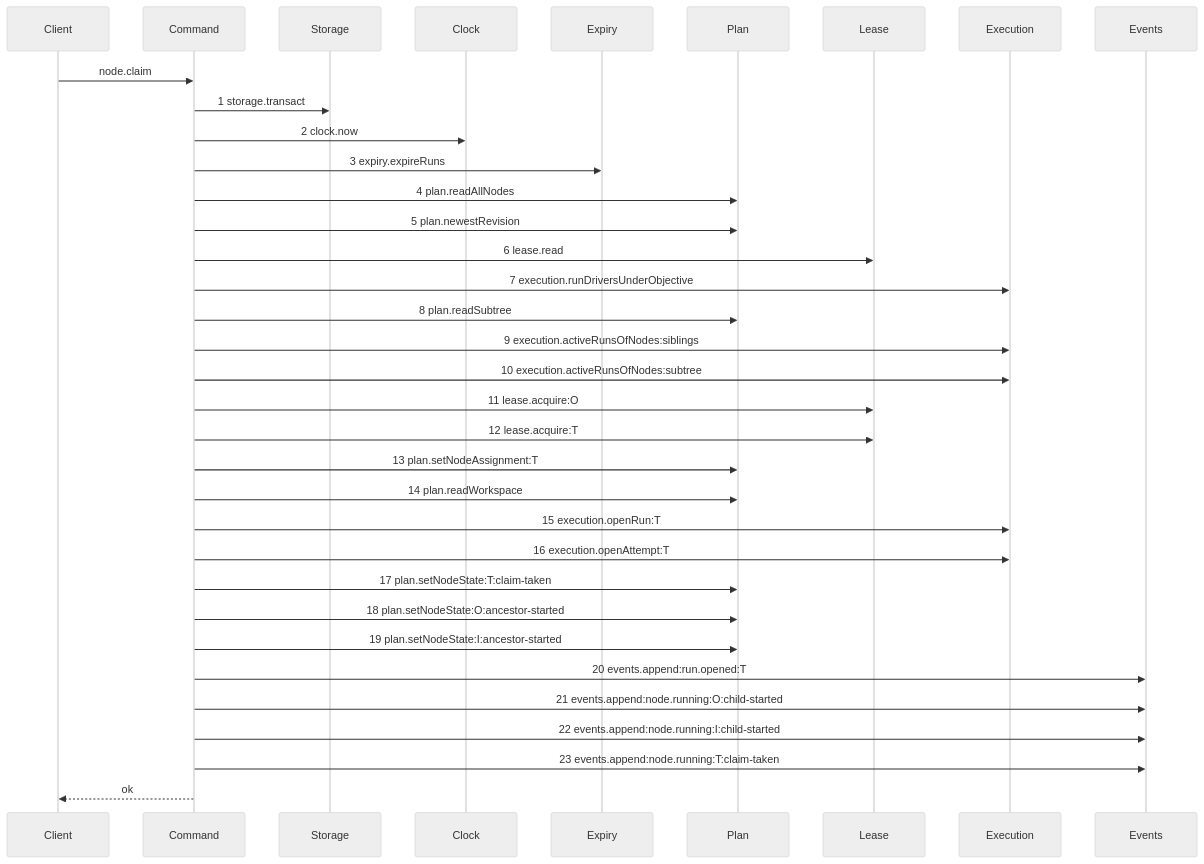
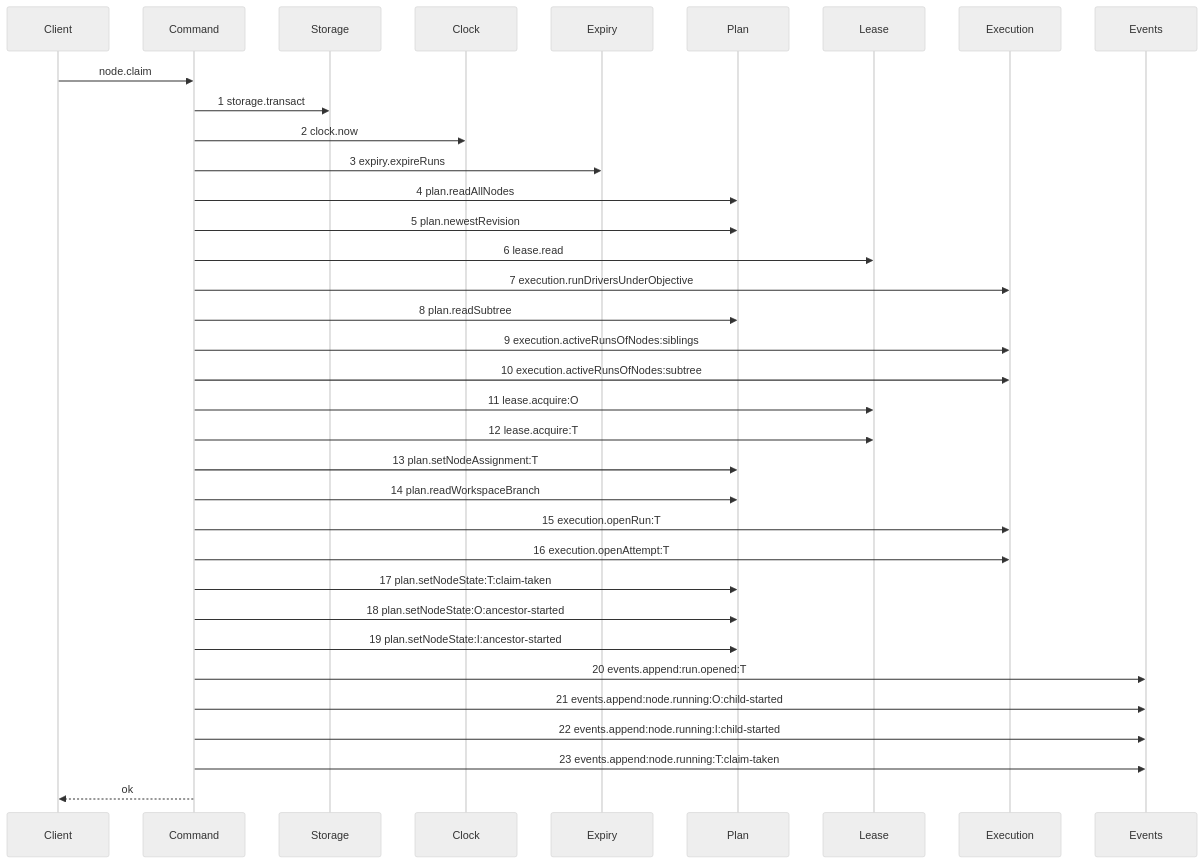
One commit to kanthorlabs/kanthord-engine changed the first of 22 diagrams in .agents/plan/epics/051-the-execution-checkpoint.md. Above: the diagram before and after it, drawn with Mermaid (neutral theme). The commit also changed other lines of this file, not shown here.

First line of the commit message:
fix(plan): re-validate EPIC 051 against the source of truth

````diff
--- a/.agents/plan/epics/051-the-execution-checkpoint.md
+++ b/.agents/plan/epics/051-the-execution-checkpoint.md
@@ -194,37 +246,37 @@
 ```mermaid
 sequenceDiagram
     participant Client
     participant Command
     participant Storage
     participant Clock
     participant Expiry
     participant Plan
     participant Lease
     participant Execution
     participant Events
     Client->>Command: node.claim
     Command->>Storage: 1 storage.transact
     Command->>Clock: 2 clock.now
     Command->>Expiry: 3 expiry.expireRuns
     Command->>Plan: 4 plan.readAllNodes
     Command->>Plan: 5 plan.newestRevision
     Command->>Lease: 6 lease.read
     Command->>Execution: 7 execution.runDriversUnderObjective
     Command->>Plan: 8 plan.readSubtree
     Command->>Execution: 9 execution.activeRunsOfNodes:siblings
     Command->>Execution: 10 execution.activeRunsOfNodes:subtree
     Command->>Lease: 11 lease.acquire:O
     Command->>Lease: 12 lease.acquire:T
     Command->>Plan: 13 plan.setNodeAssignment:T
-    Command->>Plan: 14 plan.readWorkspace
+    Command->>Plan: 14 plan.readWorkspaceBranch
     Command->>Execution: 15 execution.openRun:T
     Command->>Execution: 16 execution.openAttempt:T
     Command->>Plan: 17 plan.setNodeState:T:claim-taken
     Command->>Plan: 18 plan.setNodeState:O:ancestor-started
     Command->>Plan: 19 plan.setNodeState:I:ancestor-started
     Command->>Events: 20 events.append:run.opened:T
     Command->>Events: 21 events.append:node.running:O:child-started
     Command->>Events: 22 events.append:node.running:I:child-started
     Command->>Events: 23 events.append:node.running:T:claim-taken
     Command-->>Client: ok
 ```
````
